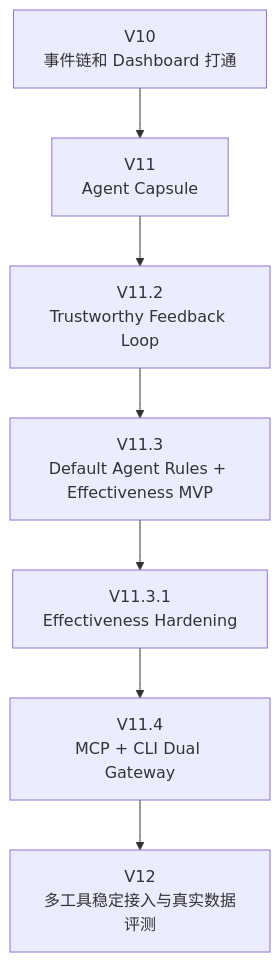
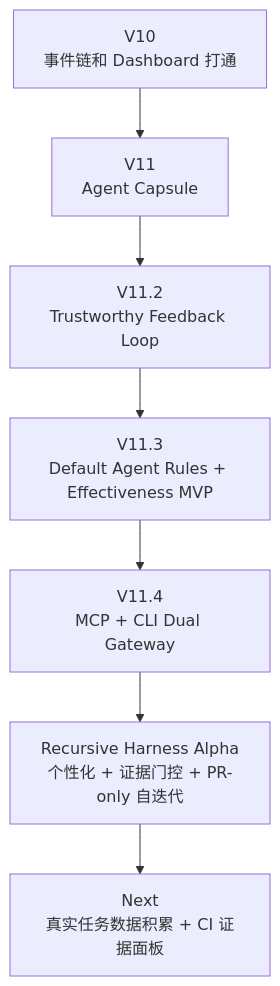
Before and after one commit to liuanye9-lab/OS-Agent: diagram 15 of 15 in README.md, drawn with Mermaid. The commit also changed other lines of this file and 2 other files, not shown here.

Commit message:
Polish README and dashboard visuals

````diff
--- a/README.md
+++ b/README.md
@@ -941,9 +1036,12 @@
 ```mermaid
 flowchart TB
-    V10[V10<br/>事件链和 Dashboard 打通] --> V11[V11<br/>Agent Capsule]
-    V11 --> V112[V11.2<br/>Trustworthy Feedback Loop]
-    V112 --> V113[V11.3<br/>Default Agent Rules + Effectiveness MVP]
-    V113 --> V1131[V11.3.1<br/>Effectiveness Hardening]
-    V1131 --> V114[V11.4<br/>MCP + CLI Dual Gateway]
-    V114 --> V12[V12<br/>多工具稳定接入与真实数据评测]
+    V10[V10<br/>事件链和 Dashboard 打通]
+    V11[V11<br/>Agent Capsule]
+    V112[V11.2<br/>Trustworthy Feedback Loop]
+    V113[V11.3<br/>Default Agent Rules + Effectiveness MVP]
+    V114[V11.4<br/>MCP + CLI Dual Gateway]
+    RH[Recursive Harness Alpha<br/>个性化 + 证据门控 + PR-only 自迭代]
+    NEXT[Next<br/>真实任务数据积累 + CI 证据面板]
+
+    V10 --> V11 --> V112 --> V113 --> V114 --> RH --> NEXT
 ```
````
